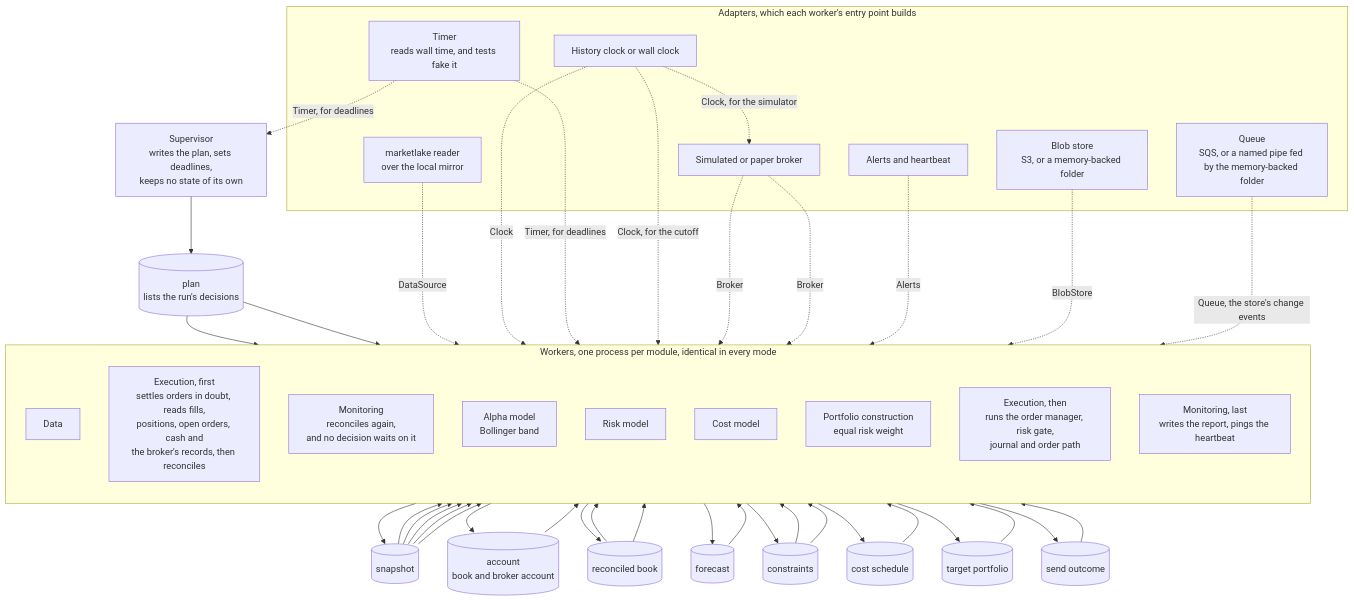
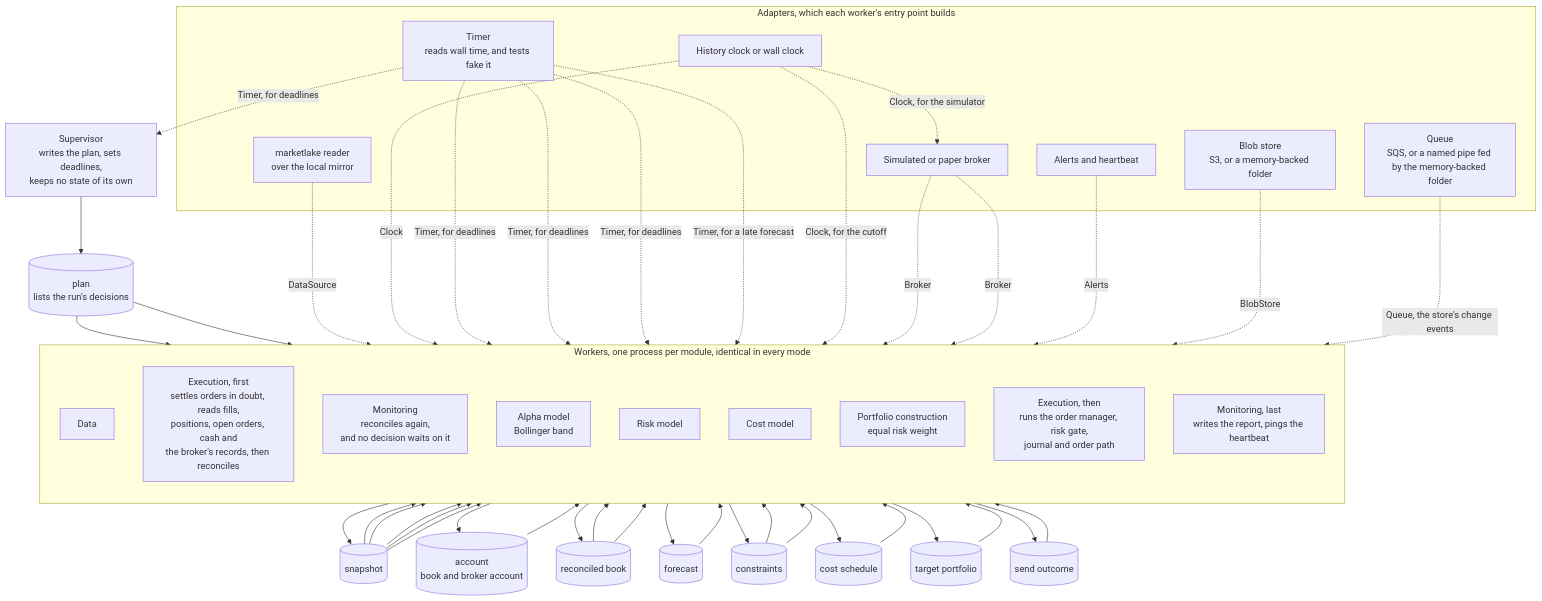
One commit to l3a0/ithildin-runtime changed the first of 7 diagrams in docs/architecture/05-building-blocks.md. Above: the diagram before and after it, drawn with Mermaid. The commit also changed other lines of this file and 15 other files, not shown here.

First line of the commit message:
docs: apply a review round of the merged slice 1 architecture and design (#69)

````diff
--- a/docs/architecture/05-building-blocks.md
+++ b/docs/architecture/05-building-blocks.md
@@ -41,69 +41,72 @@
 ```mermaid
 flowchart TB
     sup["Supervisor<br/>writes the plan, sets deadlines,<br/>keeps no state of its own"]
     plan[("plan<br/>lists the run's decisions")]
     sup --> plan
 
     subgraph workers["Workers, one process per module, identical in every mode"]
         direction TB
         data["Data"]
         exec_recover["Execution, first<br/>settles orders in doubt, reads fills,<br/>positions, open orders, cash and<br/>the broker's records, then reconciles"]
         mon_recon["Monitoring<br/>reconciles again,<br/>and no decision waits on it"]
         alpha["Alpha model<br/>Bollinger band"]
         risk["Risk model"]
         cost["Cost model"]
         pc["Portfolio construction<br/>equal risk weight"]
         exec_send["Execution, then<br/>runs the order manager, risk gate,<br/>journal and order path"]
         mon_report["Monitoring, last<br/>writes the report, pings the heartbeat"]
     end
 
     snap[("snapshot")]
     acct[("account<br/>book and broker account")]
     book[("reconciled book")]
     fc[("forecast")]
     cons[("constraints")]
     sched[("cost schedule")]
     target[("target portfolio")]
     outcome[("send outcome")]
 
     plan --> data
     plan --> exec_recover
     snap --> exec_recover
     data --> snap
     exec_recover --> acct --> mon_recon
     exec_recover --> book
     snap --> alpha --> fc
     snap --> risk
     book --> risk --> cons
     snap --> cost --> sched
     fc --> pc
     cons --> pc
     sched --> pc
     book --> pc --> target
     target --> exec_send
     cons --> exec_send
     snap --> exec_send
     exec_send --> outcome --> mon_report
 
     subgraph adapters["Adapters, which each worker's entry point builds"]
         lakesrc["marketlake reader<br/>over the local mirror"]
         clock["History clock or wall clock"]
         timer["Timer<br/>reads wall time, and tests fake it"]
         broker["Simulated or paper broker"]
         store["Blob store<br/>S3, or a memory-backed folder"]
         alertsink["Alerts and heartbeat"]
         queue["Queue<br/>SQS, or a named pipe fed by the memory-backed folder"]
     end
 
     lakesrc -. "DataSource" .-> data
     clock -. "Clock" .-> data
     timer -. "Timer, for deadlines" .-> sup
     timer -. "Timer, for deadlines" .-> mon_report
+    timer -. "Timer, for deadlines" .-> exec_recover
+    timer -. "Timer, for deadlines" .-> exec_send
+    timer -. "Timer, for a late forecast" .-> pc
     clock -. "Clock, for the cutoff" .-> exec_send
     clock -. "Clock, for the simulator" .-> broker
     broker -. "Broker" .-> exec_recover
     broker -. "Broker" .-> exec_send
     store -. "BlobStore" .-> workers
     alertsink -. "Alerts" .-> mon_report
         queue -. "Queue, the store's change events" .-> workers
 ```
````
